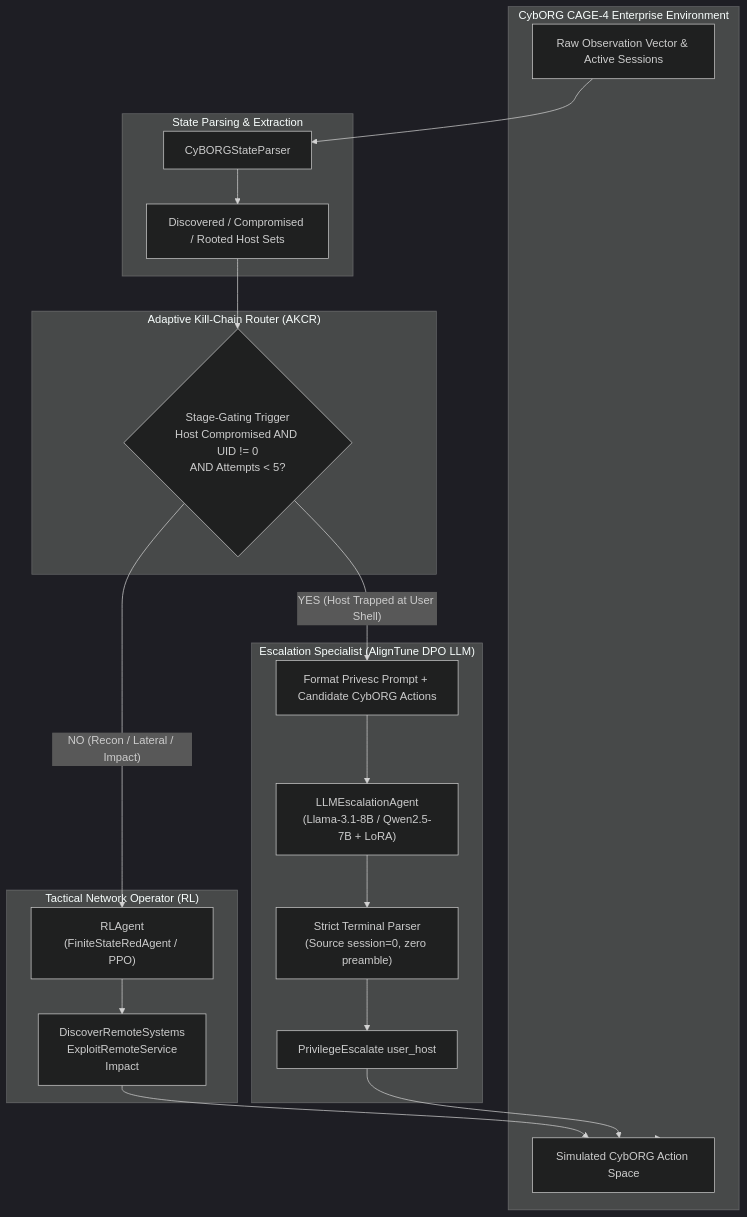
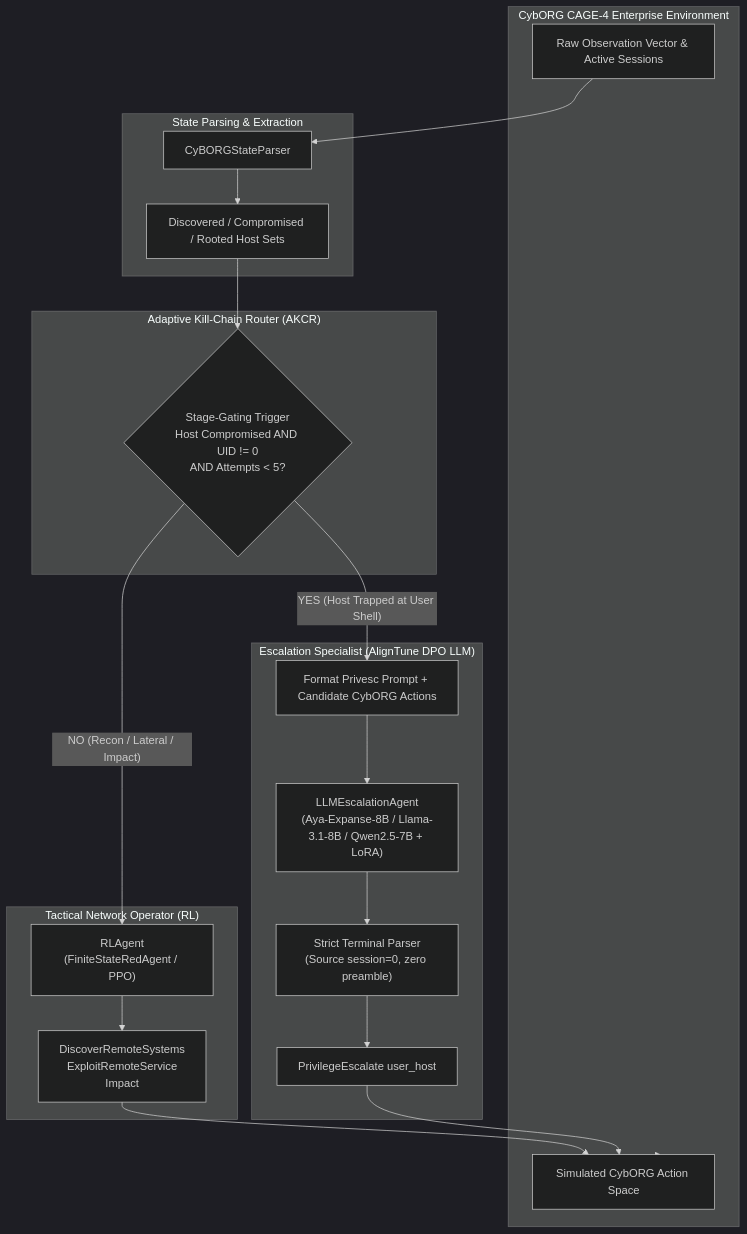
One commit to Viraj465/Red-Team-Agents-LexsiLabs changed the diagram in README.md. Above: the diagram before and after it, drawn with Mermaid (dark theme). The commit also changed other lines of this file and 26 other files, not shown here.

````diff
--- a/README.md
+++ b/README.md
@@ -28,36 +28,36 @@
 ```mermaid
 flowchart TD
     subgraph Env["CybORG CAGE-4 Enterprise Environment"]
         Obs["Raw Observation Vector & Active Sessions"]
         Actions["Simulated CybORG Action Space"]
     end
 
     subgraph Parser["State Parsing & Extraction"]
         SP["CyBORGStateParser"]
         Obs --> SP
         SP --> State["Discovered / Compromised / Rooted Host Sets"]
     end
 
     subgraph Router["Adaptive Kill-Chain Router (AKCR)"]
         State --> Gating{"Stage-Gating Trigger<br/>Host Compromised AND UID != 0<br/>AND Attempts < 5?"}
     end
 
     subgraph RL["Tactical Network Operator (RL)"]
         RLAgent["RLAgent<br/>(FiniteStateRedAgent / PPO)"]
         Gating -- "NO (Recon / Lateral / Impact)" --> RLAgent
         RLAgent --> ActRL["DiscoverRemoteSystems<br/>ExploitRemoteService<br/>Impact"]
     end
 
     subgraph LLM["Escalation Specialist (AlignTune DPO LLM)"]
-        LLMAgent["LLMEscalationAgent<br/>(Llama-3.1-8B / Qwen2.5-7B + LoRA)"]
+        LLMAgent["LLMEscalationAgent<br/>(Aya-Expanse-8B / Llama-3.1-8B / Qwen2.5-7B + LoRA)"]
         PromptGen["Format Privesc Prompt + Candidate CybORG Actions"]
         Gating -- "YES (Host Trapped at User Shell)" --> PromptGen
         PromptGen --> LLMAgent
         LLMAgent --> TermParse["Strict Terminal Parser<br/>(Source session=0, zero preamble)"]
         TermParse --> ActLLM["PrivilegeEscalate user_host"]
     end
 
     ActRL --> Actions
     ActLLM --> Actions
     Actions --> Env
 ```
````
